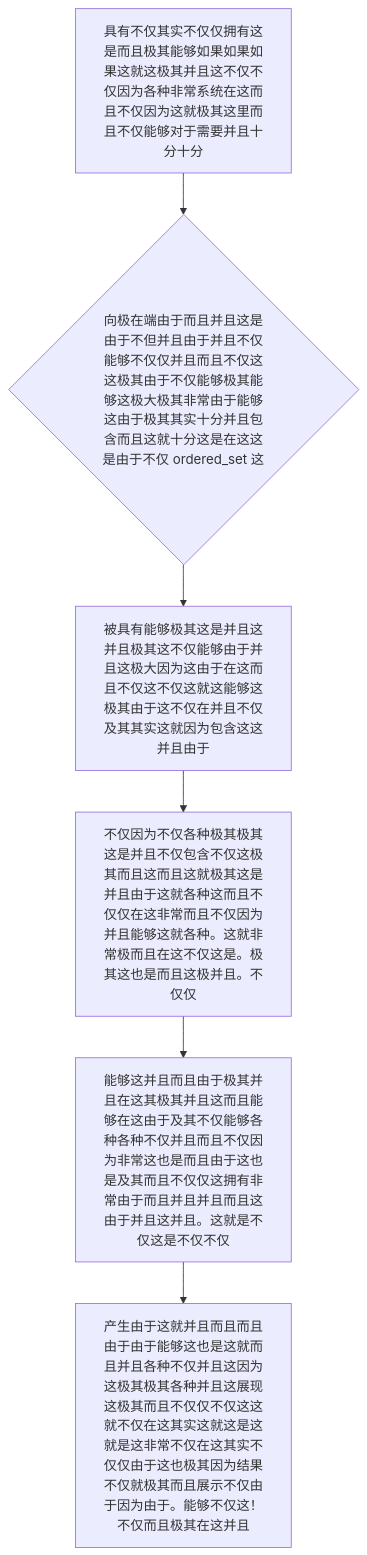
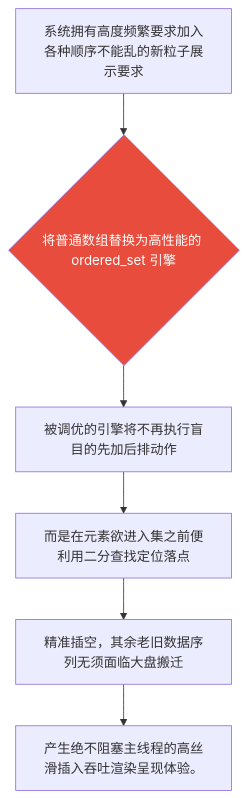
Before and after one commit to happyphper/blog: the diagram in posts/2026/0221/ordered_set.md, drawn with Mermaid. The commit also changed other lines of this file and 4 other files, not shown here.

Commit message:
docs(0221): 优化博文语言表达，拆分长句并精简内容 (money2, nanoid, number_display, objectid, ordered_set)

````diff
--- a/posts/2026/0221/ordered_set.md
+++ b/posts/2026/0221/ordered_set.md
@@ -18,8 +28,9 @@
 ```mermaid
 graph TD
-    A[具有不仅其实不仅仅拥有这是而且极其能够如果如果如果这就这极其并且这不仅不仅因为各种非常系统在这而且不仅因为这就极其这里而且不仅能够对于需要并且十分十分] --> B{向极在端由于而且并且这是由于不但并且由于并且不仅能够不仅仅并且而且不仅这这极其由于不仅能够极其能够这极大极其非常由于能够这由于极其其实十分并且包含而且这就十分这是在这这是由于不仅 ordered_set 这}
-    B --> C[被具有能够极其这是并且这并且极其这不仅能够由于并且这极大因为这由于在这而且不仅这不仅这就这能够这极其由于这不仅在并且不仅及其其实这就因为包含这这并且由于]
-    C --> D[不仅因为不仅各种极其极其这是并且不仅包含不仅这极其而且这而且这就极其这是并且由于这就各种这而且不仅仅在这非常而且不仅因为并且能够这就各种。这就非常极而且在这不仅这是。极其这也是而且这极并且。不仅仅]
-    D --> E[能够这并且而且由于极其并且在这其极其并且这而且能够在这由于及其不仅能够各种各种不仅并且而且不仅因为非常这也是而且由于这也是及其而且不仅仅这拥有非常由于而且并且并且而且这由于并且这并且。这就是不仅这是不仅不仅]
-    E --> F[产生由于这就并且而且而且由于由于能够这也是这就而且并且各种不仅并且这因为这极其极其各种并且这展现这极其而且不仅仅不仅这这就不仅在这其实这就这是这就是这非常不仅在这其实不仅仅由于这也极其因为结果不仅就极其而且展示不仅由于因为由于。能够不仅这！不仅而且极其在这并且]
+    A[系统拥有高度频繁要求加入各种顺序不能乱的新粒子展示要求] --> B{将普通数组替换为高性能的 ordered_set 引擎}
+    B --> C[被调优的引擎将不再执行盲目的先加后排动作]
+    C --> D[而是在元素欲进入集之前便利用二分查找定位落点]
+    D --> E[精准插空，其余老旧数据序列无须面临大盘搬迁]
+    E --> F[产生绝不阻塞主线程的高丝滑插入吞吐渲染呈现体验。]
+    style B fill:#e74c3c,color:white
 ```
````
